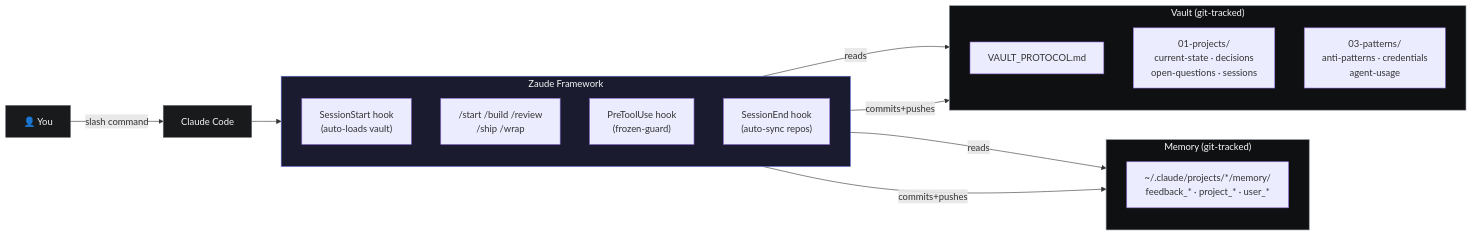
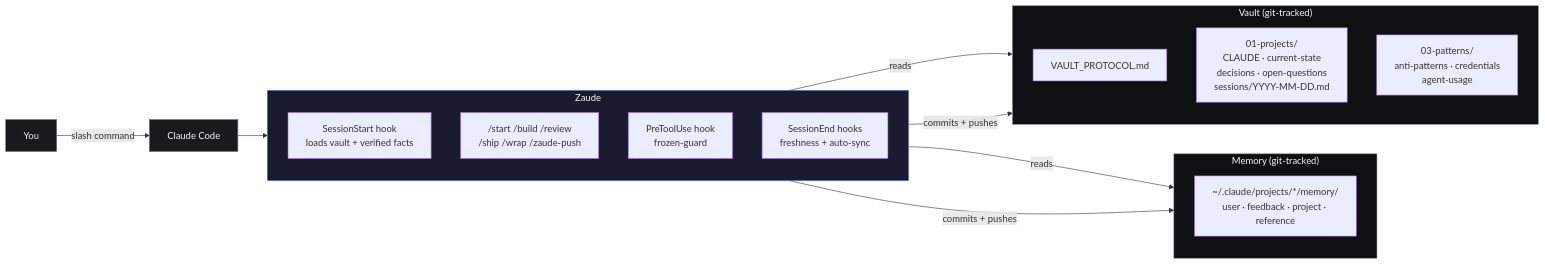
Before and after one commit to ziadmomen10/zaude: the diagram in README.md, drawn with Mermaid. The commit also changed other lines of this file and 1 other file, not shown here.

````diff
--- a/README.md
+++ b/README.md
@@ -91,36 +149,36 @@
 ```mermaid
 flowchart LR
-    U["👤 You"] -->|slash command| CC["Claude Code"]
+    U["You"] -->|slash command| CC["Claude Code"]
 
-    subgraph Z["Zaude Framework"]
-        direction TB
-        SS["SessionStart hook<br/>(auto-loads vault)"]
-        CMD["/start /build /review<br/>/ship /wrap"]
-        PT["PreToolUse hook<br/>(frozen-guard)"]
-        SE["SessionEnd hook<br/>(auto-sync repos)"]
+    subgraph Z["Zaude"]
+      direction TB
+      SS["SessionStart hook<br/>loads vault + verified facts"]
+      CMD["/start /build /review<br/>/ship /wrap /zaude-push"]
+      PT["PreToolUse hook<br/>frozen-guard"]
+      SE["SessionEnd hooks<br/>freshness + auto-sync"]
     end
 
     CC --> Z
 
     subgraph V["Vault (git-tracked)"]
-        direction TB
-        VP["VAULT_PROTOCOL.md"]
-        PROJ["01-projects/<br/>current-state · decisions<br/>open-questions · sessions"]
-        PAT["03-patterns/<br/>anti-patterns · credentials<br/>agent-usage"]
+      direction TB
+      VP["VAULT_PROTOCOL.md"]
+      PROJ["01-projects/<br/>CLAUDE · current-state<br/>decisions · open-questions<br/>sessions/YYYY-MM-DD.md"]
+      PAT["03-patterns/<br/>anti-patterns · credentials<br/>agent-usage"]
     end
 
     subgraph M["Memory (git-tracked)"]
-        MEM["~/.claude/projects/*/memory/<br/>feedback_* · project_* · user_*"]
+      MEM["~/.claude/projects/*/memory/<br/>user · feedback · project · reference"]
     end
 
     SS -->|reads| V
     SS -->|reads| M
-    SE -->|commits+pushes| V
-    SE -->|commits+pushes| M
+    SE -->|commits + pushes| V
+    SE -->|commits + pushes| M
 
     style Z fill:#1a1b2e,stroke:#5e6ad2,color:#f7f8f8
     style V fill:#0f1011,stroke:#8a8f98,color:#f7f8f8
     style M fill:#0f1011,stroke:#8a8f98,color:#f7f8f8
     style CC fill:#191a1b,stroke:#62666d,color:#f7f8f8
     style U fill:#191a1b,stroke:#62666d,color:#f7f8f8
 ```
````
